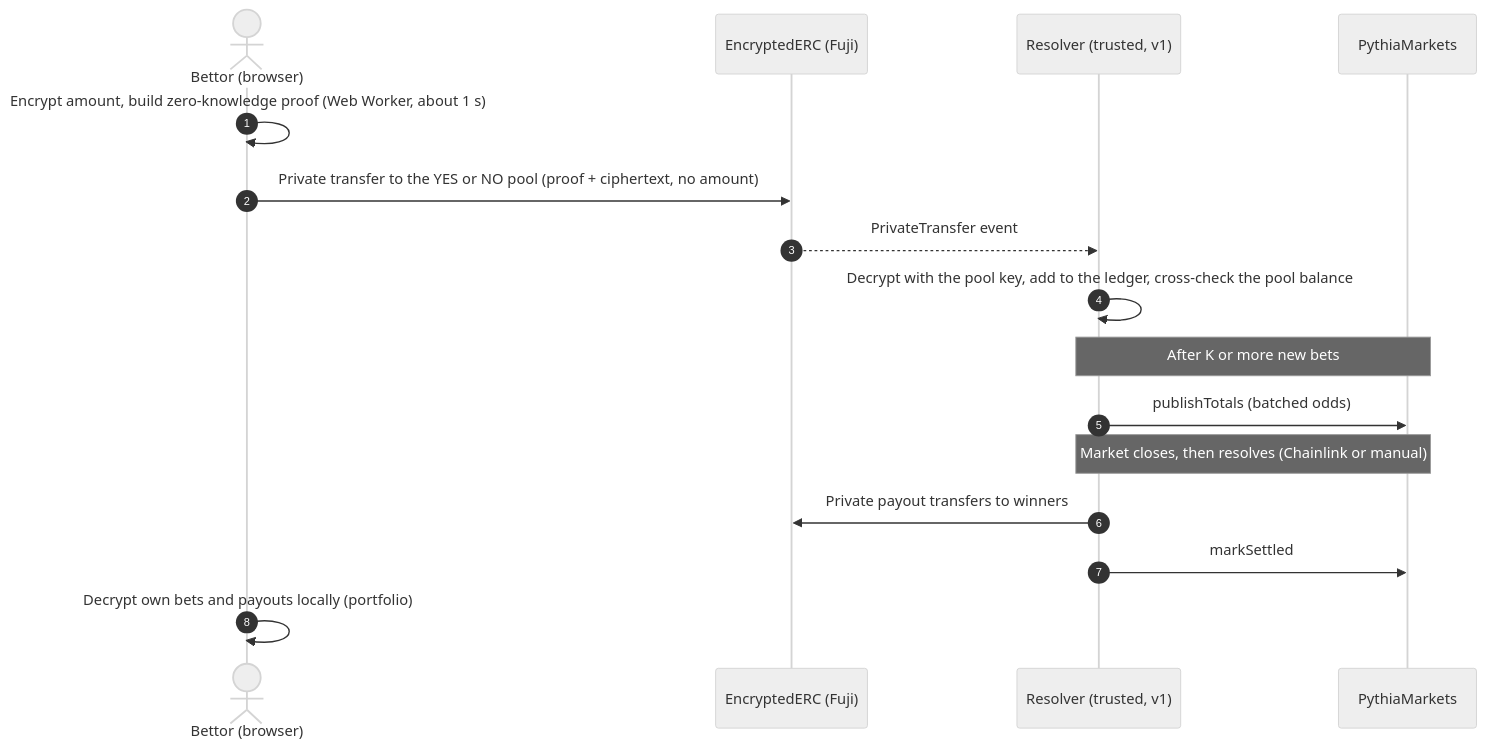
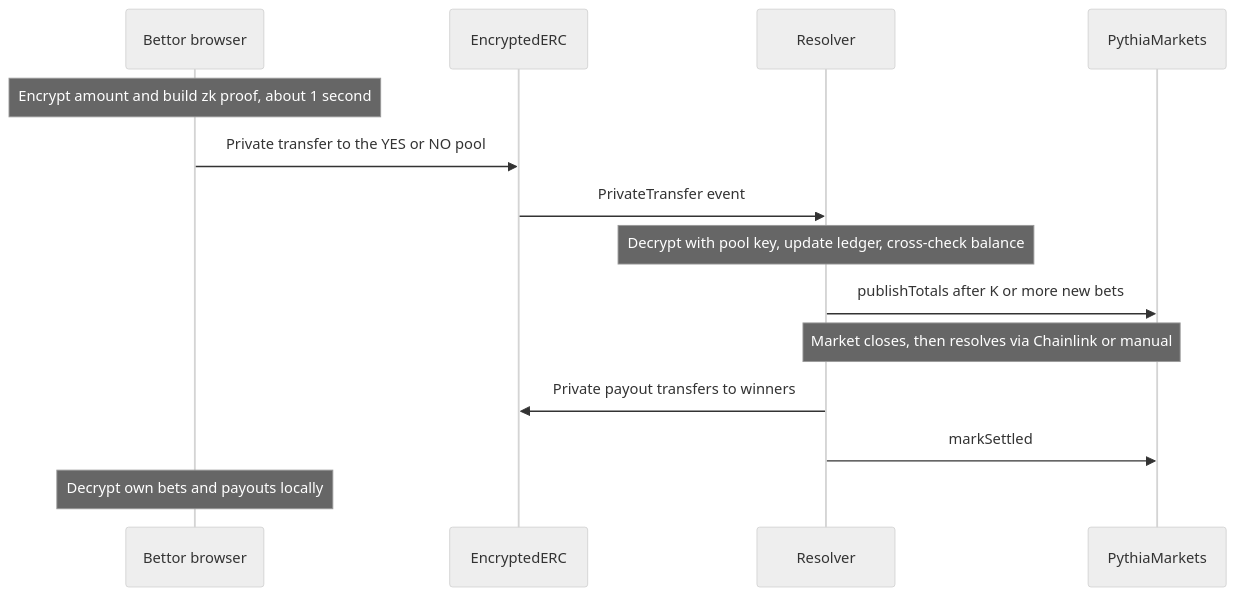
One commit to nisargpatel7042lva/pythia changed the first of 3 diagrams in README.md. Above: the diagram before and after it, drawn with Mermaid (neutral theme).

Commit message:
README: simplify sequence diagram so GitHub's Mermaid renderer accepts it

````diff
--- a/README.md
+++ b/README.md
@@ -63,19 +63,17 @@
 ```mermaid
 sequenceDiagram
-  autonumber
-  actor U as Bettor (browser)
-  participant E as EncryptedERC (Fuji)
-  participant R as Resolver (trusted, v1)
+  participant U as Bettor browser
+  participant E as EncryptedERC
+  participant R as Resolver
   participant M as PythiaMarkets
 
-  U->>U: Encrypt amount, build zero-knowledge proof (Web Worker, about 1 s)
-  U->>E: Private transfer to the YES or NO pool (proof + ciphertext, no amount)
-  E-->>R: PrivateTransfer event
-  R->>R: Decrypt with the pool key, add to the ledger, cross-check the pool balance
-  Note over R,M: After K or more new bets
-  R->>M: publishTotals (batched odds)
-  Note over R,M: Market closes, then resolves (Chainlink or manual)
+  Note over U: Encrypt amount and build zk proof, about 1 second
+  U->>E: Private transfer to the YES or NO pool
+  E->>R: PrivateTransfer event
+  Note over R: Decrypt with pool key, update ledger, cross-check balance
+  R->>M: publishTotals after K or more new bets
+  Note over R,M: Market closes, then resolves via Chainlink or manual
   R->>E: Private payout transfers to winners
   R->>M: markSettled
-  U->>U: Decrypt own bets and payouts locally (portfolio)
+  Note over U: Decrypt own bets and payouts locally
 ```
````
